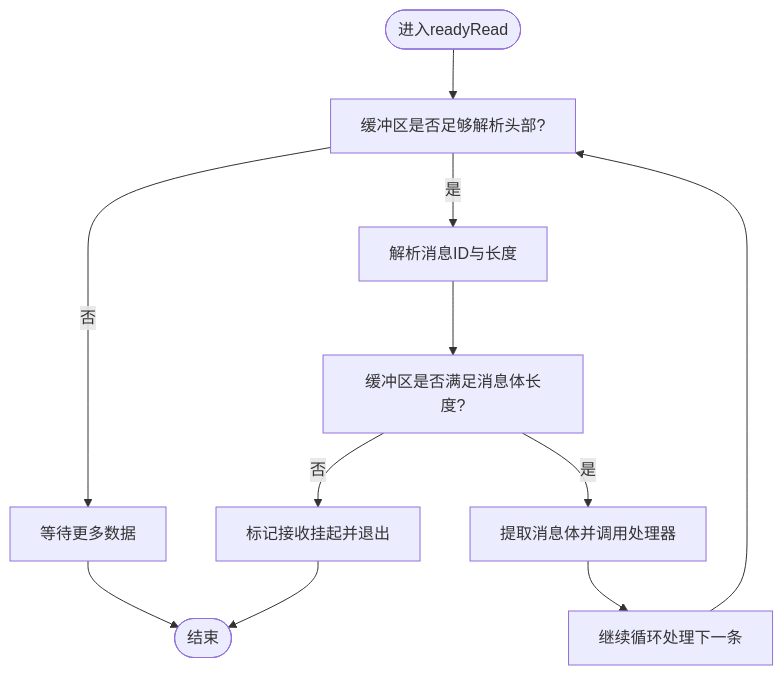
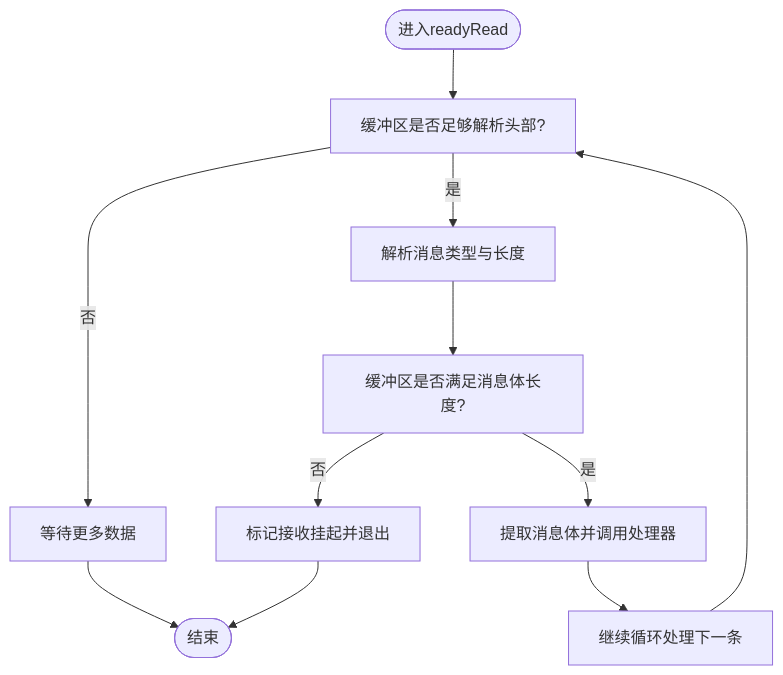
The third of 6 diagrams in .qoder/repowiki/zh/content/故障排查/网络连接问题.md (echo9923/mychatter), drawn with Mermaid before and after one commit. The commit also changed other lines of this file and 128 other files, not shown here.

````diff
--- a/.qoder/repowiki/zh/content/故障排查/网络连接问题.md
+++ b/.qoder/repowiki/zh/content/故障排查/网络连接问题.md
@@ -126,13 +126,13 @@
 ```mermaid
 flowchart TD
 Start(["进入readyRead"]) --> CheckHead["缓冲区是否足够解析头部?"]
 CheckHead --> |否| WaitMore["等待更多数据"]
-CheckHead --> |是| ParseHead["解析消息ID与长度"]
+CheckHead --> |是| ParseHead["解析消息类型与长度"]
 ParseHead --> CheckBody["缓冲区是否满足消息体长度?"]
 CheckBody --> |否| SetPending["标记接收挂起并退出"]
 CheckBody --> |是| ExtractBody["提取消息体并调用处理器"]
 ExtractBody --> Loop["继续循环处理下一条"]
 WaitMore --> End(["结束"])
 SetPending --> End
 Loop --> CheckHead
 ```
````
